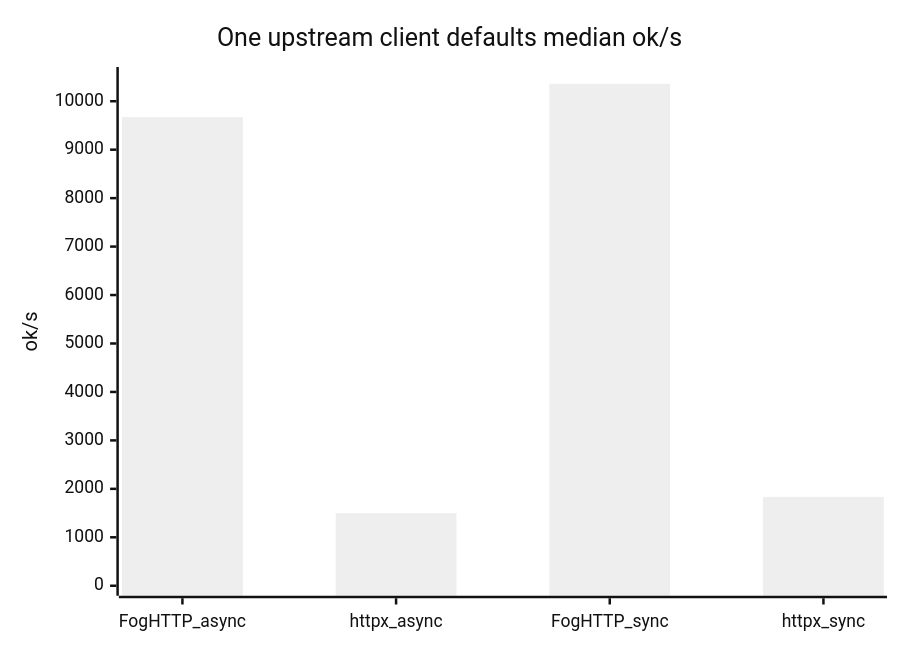
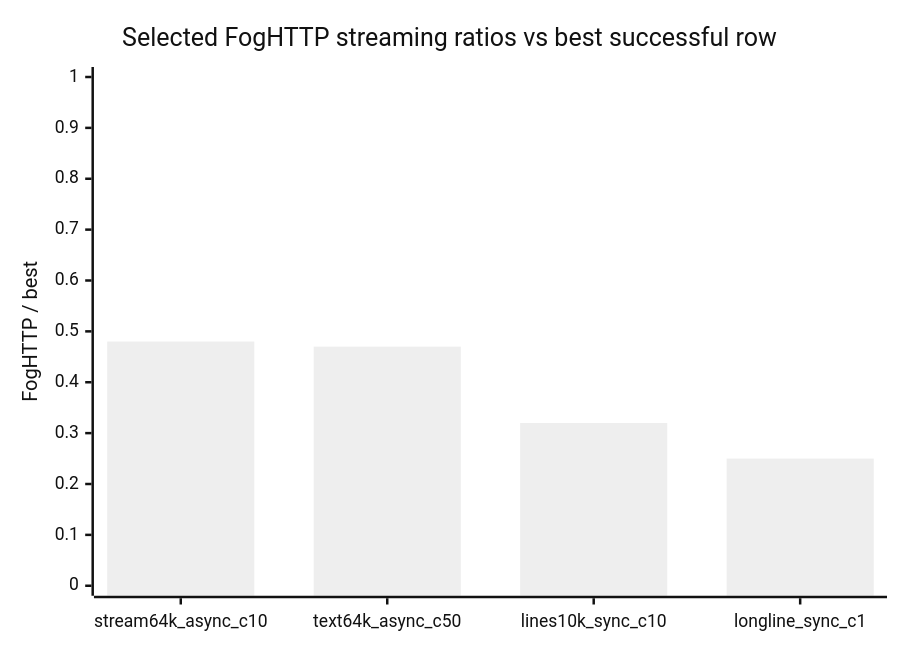
One commit to AmberFog/foghttp changed the second of 3 diagrams in docs/benchmarks.md. Above: the diagram before and after it, drawn with Mermaid (neutral theme). The commit also changed other lines of this file, not shown here.

````diff
--- a/docs/benchmarks.md
+++ b/docs/benchmarks.md
@@ -261,7 +81,7 @@
 ```mermaid
 xychart-beta
-    title "One upstream client defaults median ok/s"
-    x-axis [FogHTTP_async, httpx_async, FogHTTP_sync, httpx_sync]
-    y-axis "ok/s" 0 --> 10500
-    bar [9673.1, 1498.1, 10359.7, 1832.9]
+    title "Selected FogHTTP streaming ratios vs best successful row"
+    x-axis [stream64k_async_c10, text64k_async_c50, lines10k_sync_c10, longline_sync_c1]
+    y-axis "FogHTTP / best" 0 --> 1
+    bar [0.48, 0.47, 0.32, 0.25]
 ```
````
